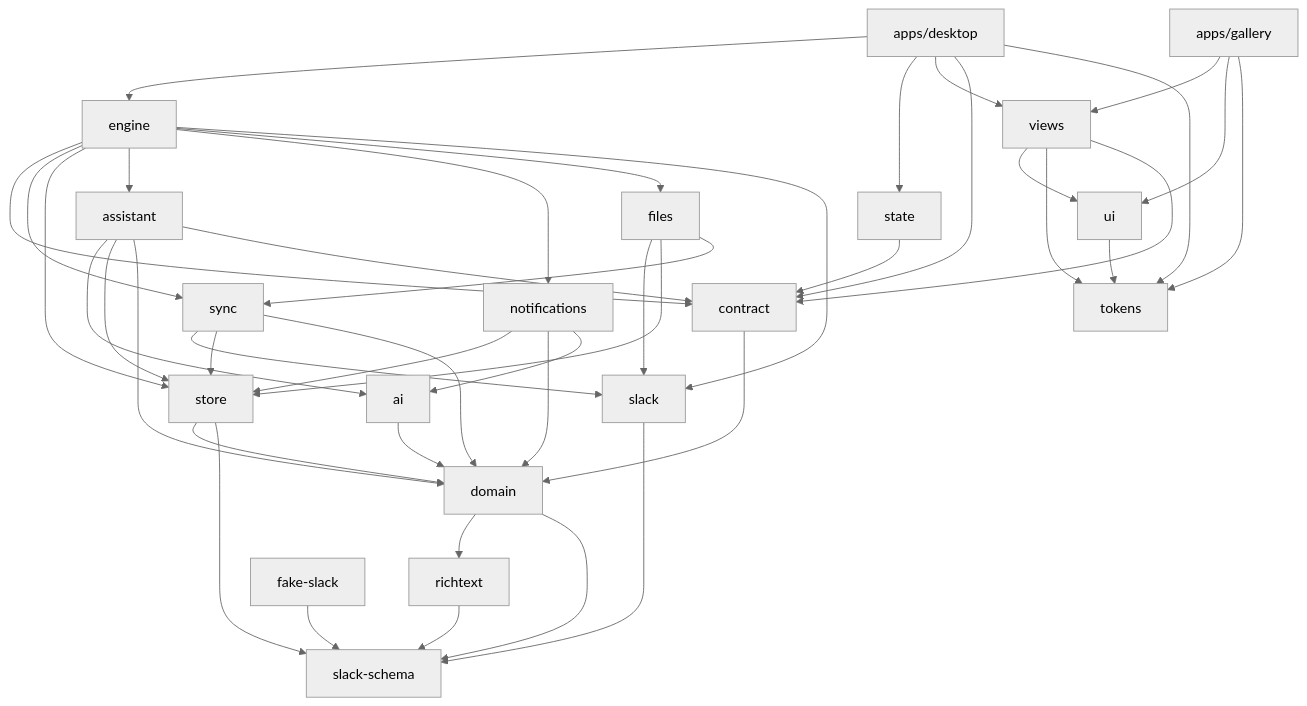
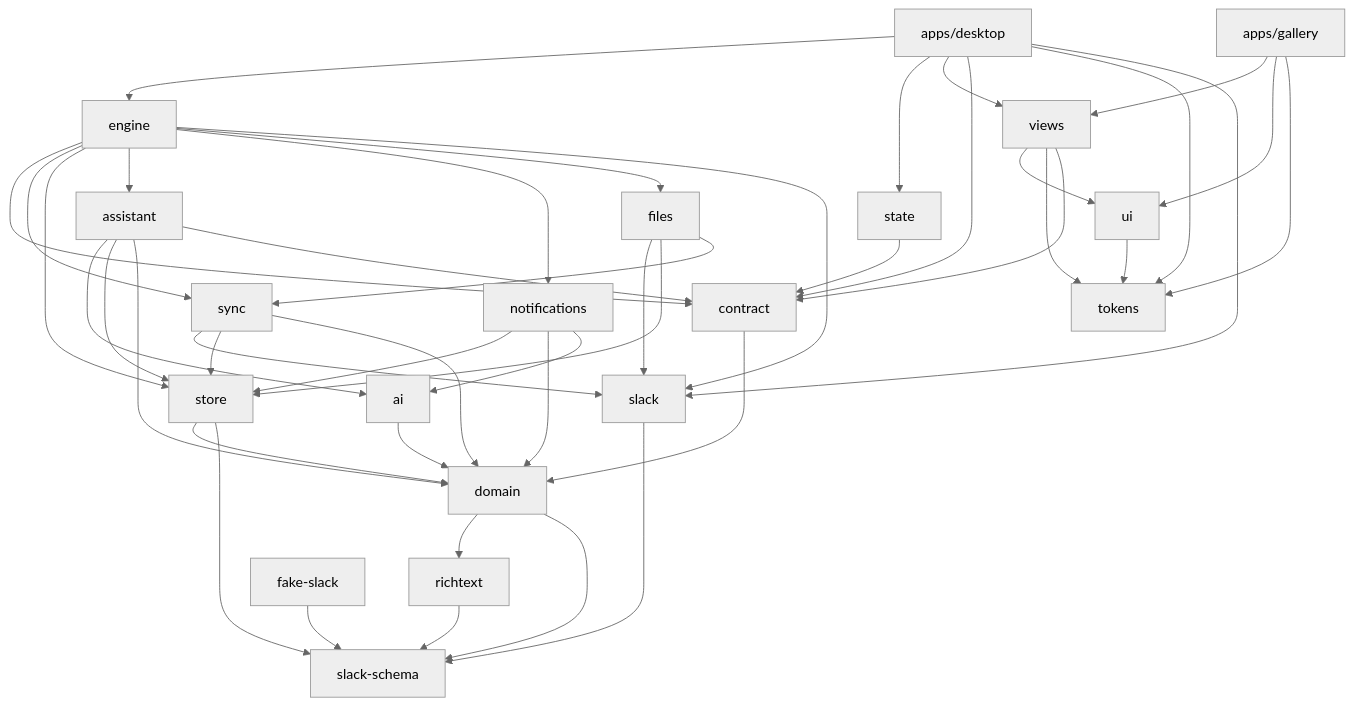
The second of 2 diagrams in docs/architecture.md (triptu/juno), drawn with Mermaid (neutral theme) before and after one commit. The commit also changed 1 other file, not shown here.

Commit message:
Add desktop to slack edge to the graph and start a backlog

````diff
--- a/docs/architecture.md
+++ b/docs/architecture.md
@@ -108,22 +108,22 @@
 ```mermaid
 flowchart TD
   slack_schema[slack-schema]
   richtext --> slack_schema
   domain --> richtext & slack_schema
   contract --> domain
   slack --> slack_schema
   store --> domain & slack_schema
   sync --> slack & store & domain
   ai --> domain
   assistant --> ai & store & domain & contract
   notifications --> store & domain & ai
   files --> slack & store & sync
   engine --> contract & sync & store & assistant & notifications & files & slack
   fake_slack[fake-slack] --> slack_schema
   tokens
   ui --> tokens
   views --> ui & tokens & contract
   state --> contract
-  desktop[apps/desktop] --> engine & state & views & contract & tokens
+  desktop[apps/desktop] --> engine & state & views & contract & tokens & slack
   gallery[apps/gallery] --> views & ui & tokens
 ```
````
